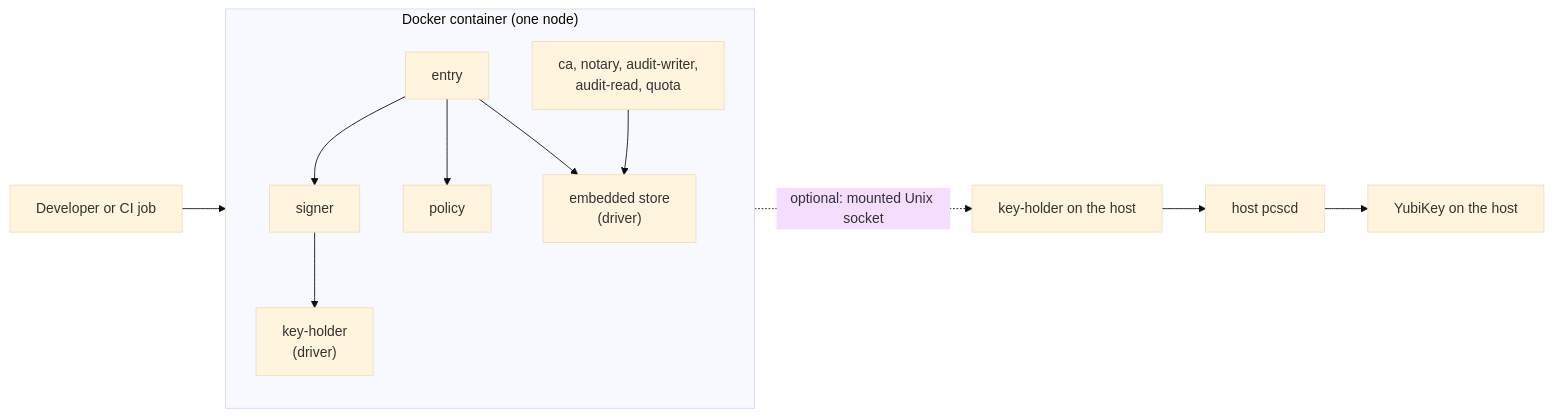
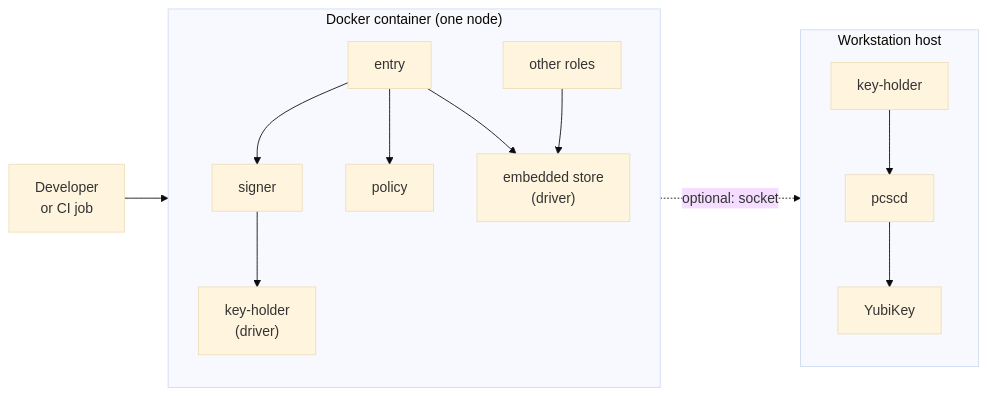
One commit to truvity/sluis changed the diagram in docs/shapes/local.md. Above: the diagram before and after it, drawn with Mermaid (base theme). The commit also changed other lines of this file and 6 other files, not shown here.

First line of the commit message:
docs(site): split oversized diagrams into steps and shorten labels

````diff
--- a/docs/shapes/local.md
+++ b/docs/shapes/local.md
@@ -13,21 +13,27 @@
 ```mermaid
 flowchart LR
-  dev["Developer or CI job"] --> entry
+  dev["Developer<br/>or CI job"] --> container
   subgraph container["Docker container (one node)"]
     direction TB
     entry["entry"]
     signer["signer"]
     policy["policy"]
-    others["ca, notary, audit-writer,<br/>audit-read, quota"]
+    others["other roles"]
     keyholder["key-holder<br/>(driver)"]
     state["embedded store<br/>(driver)"]
     entry --> signer
     entry --> policy
     signer --> keyholder
     others --> state
     entry --> state
   end
-  keyholder -. "optional: mounted Unix socket" .-> hostkh["key-holder on the host"]
-  hostkh --> pcscd["host pcscd"]
-  pcscd --> yk["YubiKey on the host"]
+  subgraph host["Workstation host"]
+    direction TB
+    hostkh["key-holder"]
+    pcscd["pcscd"]
+    yk["YubiKey"]
+    hostkh --> pcscd
+    pcscd --> yk
+  end
+  container -. "optional: socket" .-> host
 ```
````
